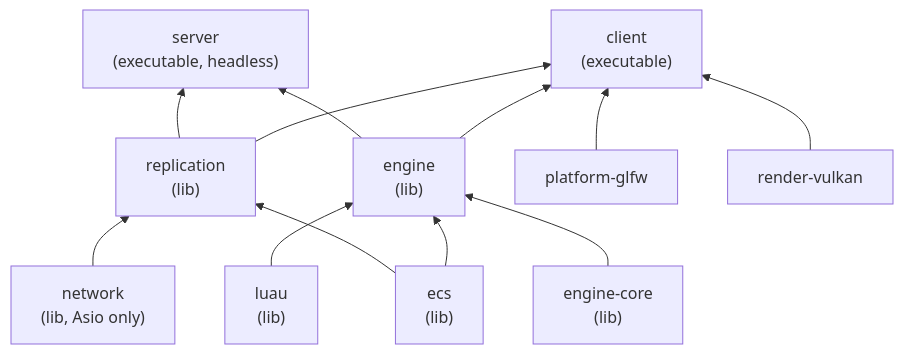
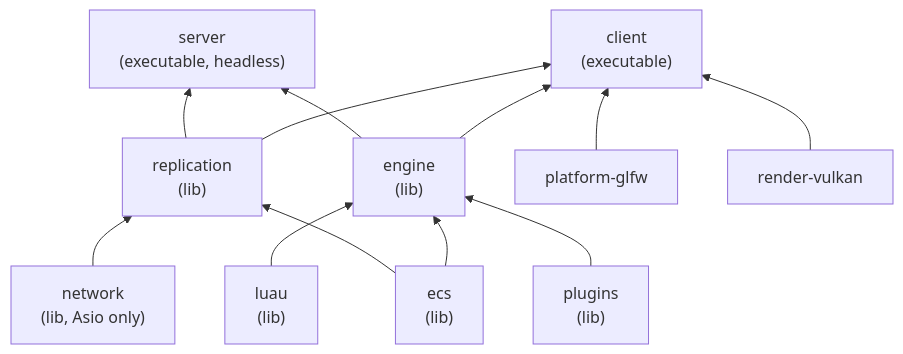
Before and after one commit to Charles-Mahoudeau/rtype: the first of 4 diagrams in docs/network/design.md, drawn with Mermaid. The commit also changed other lines of this file and 8 other files, not shown here.

````diff
--- a/docs/network/design.md
+++ b/docs/network/design.md
@@ -72,25 +72,25 @@
 ```mermaid
 flowchart BT
-    core["engine-core<br/>(lib)"]
+    core["plugins<br/>(lib)"]
     ecs["ecs<br/>(lib)"]
     luau["luau<br/>(lib)"]
     net["network<br/>(lib, Asio only)"]
     repl["replication<br/>(lib)"]
     engine["engine<br/>(lib)"]
     glfw["platform-glfw"]
     vk["render-vulkan"]
     client["client<br/>(executable)"]
     server["server<br/>(executable, headless)"]
 
     core --> engine
     ecs --> engine
     luau --> engine
     ecs --> repl
     net --> repl
     engine --> client
     repl --> client
     glfw --> client
     vk --> client
     engine --> server
     repl --> server
 ```
````
